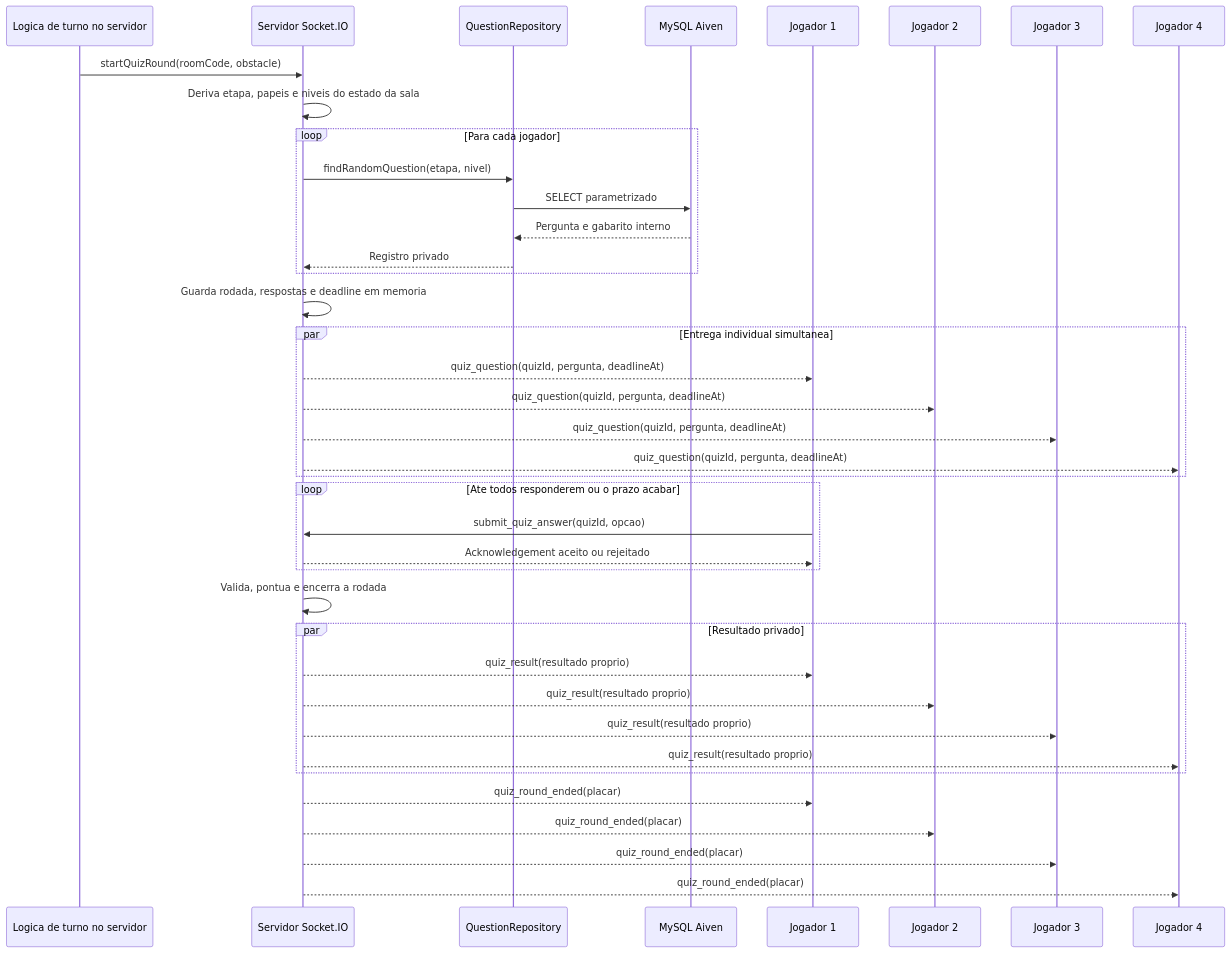
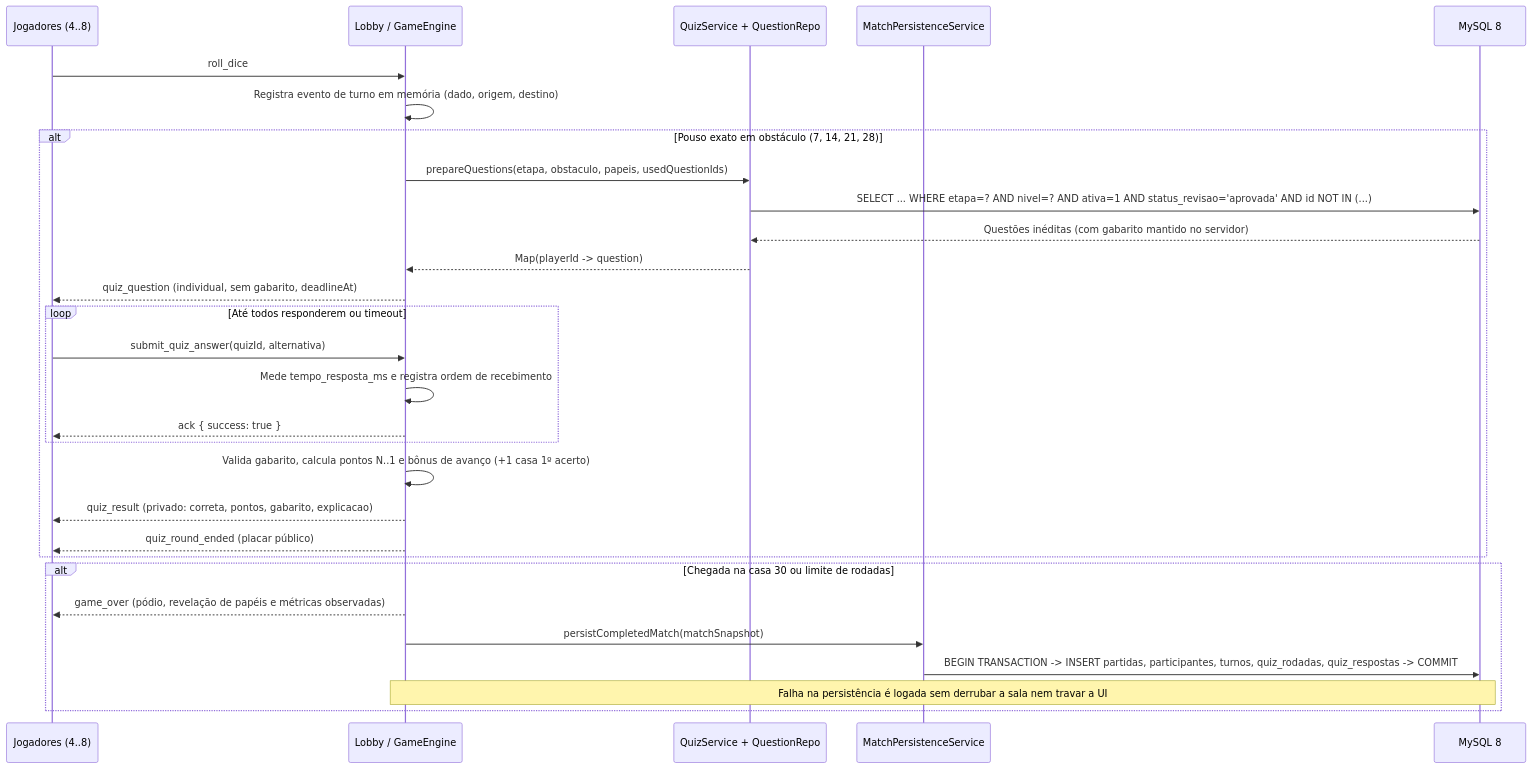
Before and after one commit to RyanDavid-RJ/jogoInclusao_UFRRJ: the third of 3 diagrams in docs/DATABASE_UML.md, drawn with Mermaid. The commit also changed other lines of this file and 9 other files, not shown here.

````diff
--- a/docs/DATABASE_UML.md
+++ b/docs/DATABASE_UML.md
@@ -210,42 +235,32 @@
 ```mermaid
 sequenceDiagram
-    participant T as Logica de turno no servidor
-    participant S as Servidor Socket.IO
-    participant R as QuestionRepository
-    participant DB as MySQL Aiven
-    participant P1 as Jogador 1
-    participant P2 as Jogador 2
-    participant P3 as Jogador 3
-    participant P4 as Jogador 4
+    participant J as Jogadores (4..8)
+    participant L as Lobby / GameEngine
+    participant Q as QuizService + QuestionRepo
+    participant P as MatchPersistenceService
+    participant DB as MySQL 8
 
-    T->>S: startQuizRound(roomCode, obstacle)
-    S->>S: Deriva etapa, papeis e niveis do estado da sala
-    loop Para cada jogador
-        S->>R: findRandomQuestion(etapa, nivel)
-        R->>DB: SELECT parametrizado
-        DB-->>R: Pergunta e gabarito interno
-        R-->>S: Registro privado
+    J->>L: roll_dice
+    L->>L: Registra evento de turno em memória (dado, origem, destino)
+    alt Pouso exato em obstáculo (7, 14, 21, 28)
+        L->>Q: prepareQuestions(etapa, obstaculo, papeis, usedQuestionIds)
+        Q->>DB: SELECT ... WHERE etapa=? AND nivel=? AND ativa=1 AND status_revisao='aprovada' AND id NOT IN (...)
+        DB-->>Q: Questões inéditas (com gabarito mantido no servidor)
+        Q-->>L: Map(playerId -> question)
+        L-->>J: quiz_question (individual, sem gabarito, deadlineAt)
+        loop Até todos responderem ou timeout
+            J->>L: submit_quiz_answer(quizId, alternativa)
+            L->>L: Mede tempo_resposta_ms e registra ordem de recebimento
+            L-->>J: ack { success: true }
+        end
+        L->>L: Valida gabarito, calcula pontos N..1 e bônus de avanço (+1 casa 1º acerto)
+        L-->>J: quiz_result (privado: correta, pontos, gabarito, explicacao)
+        L-->>J: quiz_round_ended (placar público)
     end
-    S->>S: Guarda rodada, respostas e deadline em memoria
-    par Entrega individual simultanea
-        S-->>P1: quiz_question(quizId, pergunta, deadlineAt)
-        S-->>P2: quiz_question(quizId, pergunta, deadlineAt)
-        S-->>P3: quiz_question(quizId, pergunta, deadlineAt)
-        S-->>P4: quiz_question(quizId, pergunta, deadlineAt)
+    alt Chegada na casa 30 ou limite de rodadas
+        L-->>J: game_over (pódio, revelação de papéis e métricas observadas)
+        L->>P: persistCompletedMatch(matchSnapshot)
+        P->>DB: BEGIN TRANSACTION -> INSERT partidas, participantes, turnos, quiz_rodadas, quiz_respostas -> COMMIT
+        Note over L,DB: Falha na persistência é logada sem derrubar a sala nem travar a UI
     end
-    loop Ate todos responderem ou o prazo acabar
-        P1->>S: submit_quiz_answer(quizId, opcao)
-        S-->>P1: Acknowledgement aceito ou rejeitado
-    end
-    S->>S: Valida, pontua e encerra a rodada
-    par Resultado privado
-        S-->>P1: quiz_result(resultado proprio)
-        S-->>P2: quiz_result(resultado proprio)
-        S-->>P3: quiz_result(resultado proprio)
-        S-->>P4: quiz_result(resultado proprio)
-    end
-    S-->>P1: quiz_round_ended(placar)
-    S-->>P2: quiz_round_ended(placar)
-    S-->>P3: quiz_round_ended(placar)
-    S-->>P4: quiz_round_ended(placar)
 ```
````
